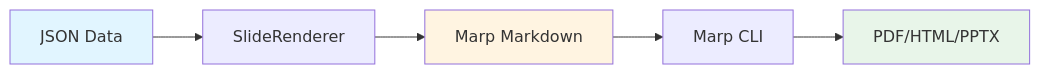
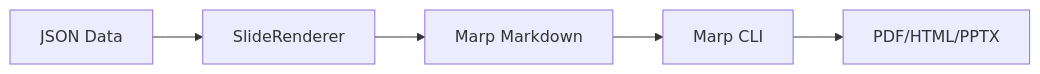
Before and after one commit to DShomin/slide-renderer: the first of 2 diagrams in README.md, drawn with Mermaid. The commit also changed other lines of this file and 1 other file, not shown here.

````diff
--- a/README.md
+++ b/README.md
@@ -123,11 +96,7 @@
 ```mermaid
 graph LR
     A[JSON Data] --> B[SlideRenderer]
     B --> C[Marp Markdown]
     C --> D[Marp CLI]
     D --> E[PDF/HTML/PPTX]
-
-    style A fill:#e1f5ff
-    style C fill:#fff4e1
-    style E fill:#e8f5e9
 ```
````
